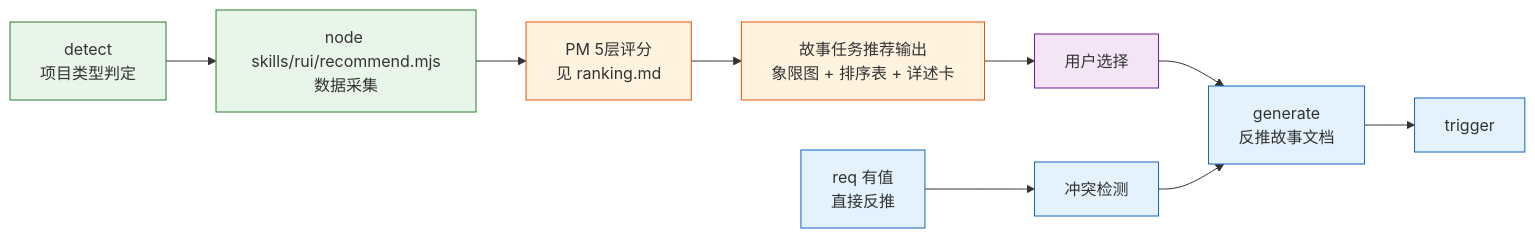
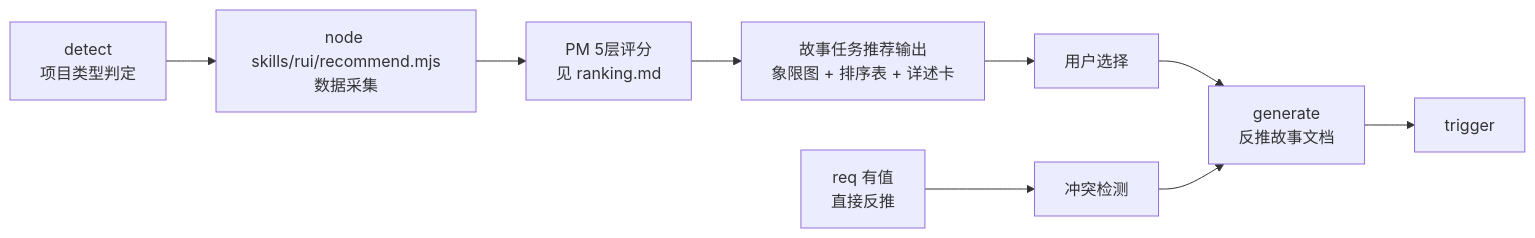
One commit to effiy/YrY changed diagram 14 of 17 in skills/rui/SKILL.md. Above: the diagram before and after it, drawn with Mermaid. The commit also changed other lines of this file and 61 other files, not shown here.

````diff
--- a/skills/rui/SKILL.md
+++ b/skills/rui/SKILL.md
@@ -794,15 +814,11 @@
 ```mermaid
 flowchart LR
     E0["detect<br/>项目类型判定"]:::tool --> E1["node skills/rui/recommend.mjs<br/>数据采集"]:::tool
     E1 --> E2["PM 5层评分<br/>见 ranking.md"]:::llm
     E2 --> E3["故事任务推荐输出<br/>象限图 + 排序表 + 详述卡"]:::llm
     E3 --> E4["用户选择"]:::user
     E4 --> G["generate<br/>反推故事文档"]:::s
     R["req 有值<br/>直接反推"]:::s --> C["冲突检测"]:::s --> G
     G --> T["trigger"]:::s
 
-    classDef tool fill:#e8f5e9,stroke:#2e7d32;
-    classDef llm fill:#fff3e0,stroke:#e65100;
-    classDef user fill:#f3e5f5,stroke:#6a1b9a;
-    classDef s fill:#e3f2fd,stroke:#1565c0;
 ```
````
